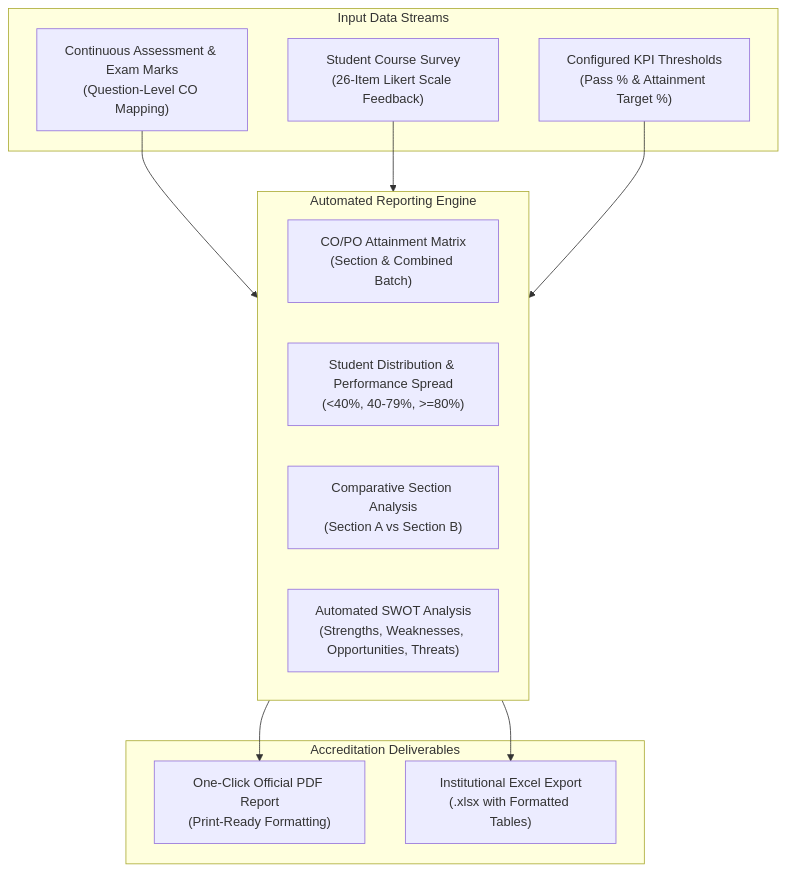
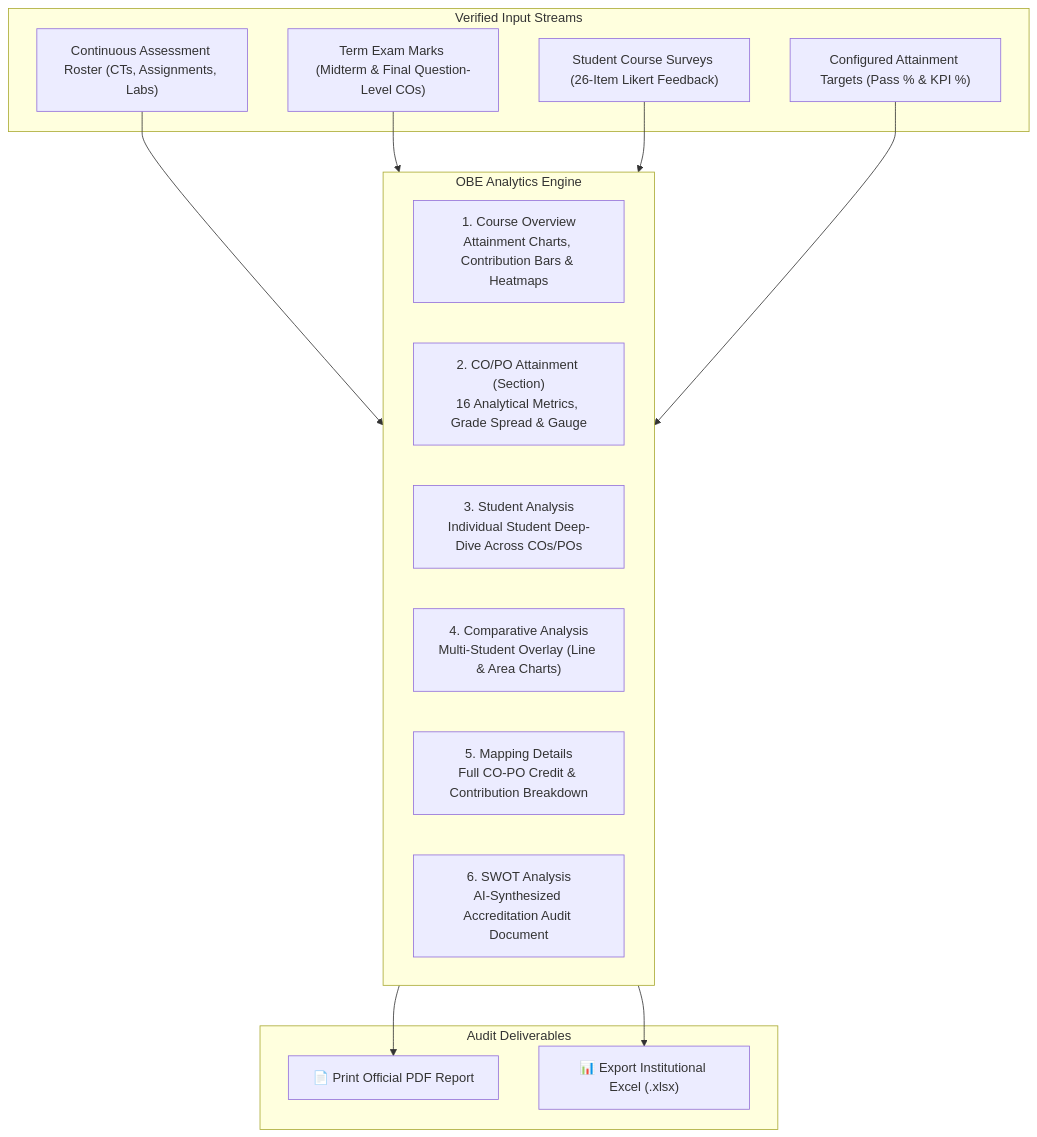
Before and after one commit to sarkarjoy86/Student-Outcome-Analyzer: the fourth of 6 diagrams in README.md, drawn with Mermaid. The commit also changed other lines of this file, not shown here.

Commit message:
Refine Capstone README: Expanded Executive Overview, stylish multi-phase teacher flowchart, deep AI assistant CS diagrams & code suite, and comprehensive 6-subpage report breakdown

````diff
--- a/README.md
+++ b/README.md
@@ -242,26 +301,30 @@
 ```mermaid
 flowchart TD
-    subgraph DataSources ["Input Data Streams"]
-        DirectMarks["Continuous Assessment & Exam Marks\n(Question-Level CO Mapping)"]
-        SurveyFeedback["Student Course Survey\n(26-Item Likert Scale Feedback)"]
-        Thresholds["Configured KPI Thresholds\n(Pass % & Attainment Target %)"]
+    subgraph DataInputs ["Verified Input Streams"]
+        ContinuousMarks["Continuous Assessment Roster (CTs, Assignments, Labs)"]
+        ExamMarks["Term Exam Marks (Midterm & Final Question-Level COs)"]
+        SurveyScores["Student Course Surveys (26-Item Likert Feedback)"]
+        TargetKPIs["Configured Attainment Targets (Pass % & KPI %)"]
     end
 
-    subgraph AnalyticsEngine ["Automated Reporting Engine"]
-        COPOAttainment["CO/PO Attainment Matrix\n(Section & Combined Batch)"]
-        StudentAnalysis["Student Distribution & Performance Spread\n(<40%, 40-79%, >=80%)"]
-        ComparativeBench["Comparative Section Analysis\n(Section A vs Section B)"]
-        SWOTEngine["Automated SWOT Analysis\n(Strengths, Weaknesses, Opportunities, Threats)"]
+    subgraph CoreEngine ["OBE Analytics Engine"]
+        CourseOverviewTab["1. Course Overview\nAttainment Charts, Contribution Bars & Heatmaps"]
+        SectionAnalysisTab["2. CO/PO Attainment (Section)\n16 Analytical Metrics, Grade Spread & Gauge"]
+        StudentAnalysisTab["3. Student Analysis\nIndividual Student Deep-Dive Across COs/POs"]
+        ComparativeTab["4. Comparative Analysis\nMulti-Student Overlay (Line & Area Charts)"]
+        MappingTab["5. Mapping Details\nFull CO-PO Credit & Contribution Breakdown"]
+        SWOTTab["6. SWOT Analysis\nAI-Synthesized Accreditation Audit Document"]
     end
 
-    subgraph ExportOutputs ["Accreditation Deliverables"]
-        PrintPDF["One-Click Official PDF Report\n(Print-Ready Formatting)"]
-        ExcelExport["Institutional Excel Export\n(.xlsx with Formatted Tables)"]
+    subgraph ExportSuite ["Audit Deliverables"]
+        PDFExport["📄 Print Official PDF Report"]
+        ExcelExport["📊 Export Institutional Excel (.xlsx)"]
     end
 
-    DirectMarks --> AnalyticsEngine
-    SurveyFeedback --> AnalyticsEngine
-    Thresholds --> AnalyticsEngine
-    AnalyticsEngine --> PrintPDF
-    AnalyticsEngine --> ExcelExport
+    ContinuousMarks --> CoreEngine
+    ExamMarks --> CoreEngine
+    SurveyScores --> CoreEngine
+    TargetKPIs --> CoreEngine
+    CoreEngine --> PDFExport
+    CoreEngine --> ExcelExport
 ```
````
